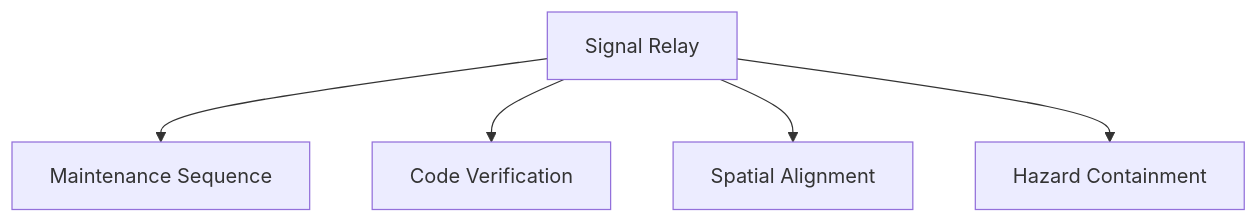
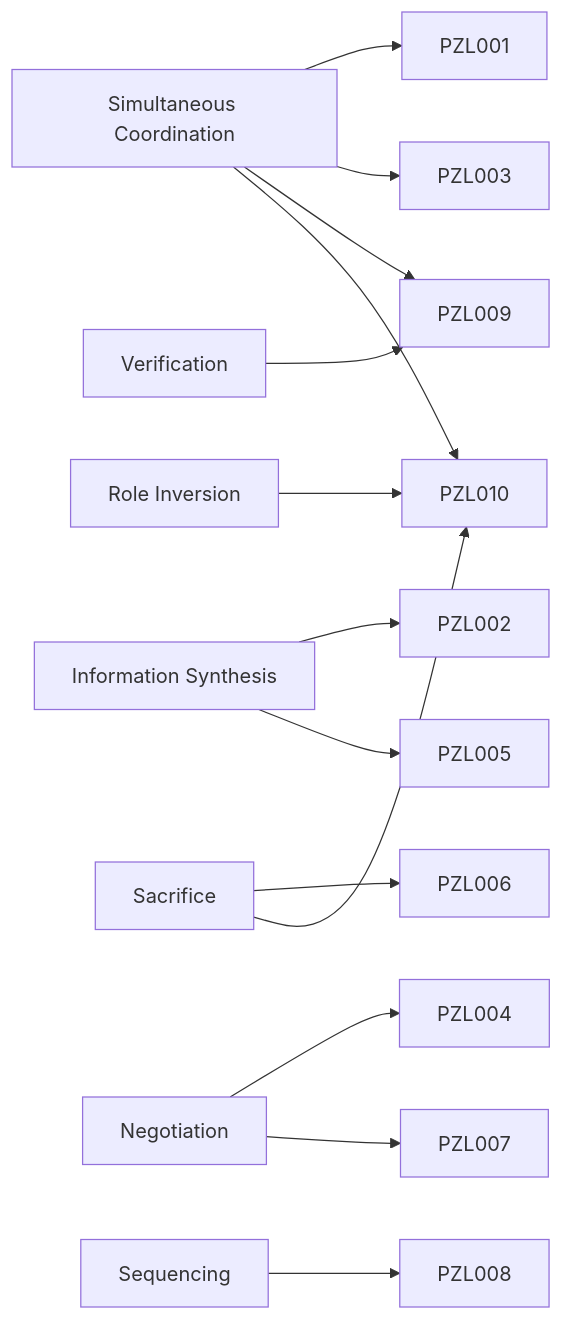
Before and after one commit to snehadpatel/QuestBit: diagram 12 of 12 in Project-Echo/docs/GDD/08 Puzzle Library.md, drawn with Mermaid. The commit also changed other lines of this file, not shown here.

````diff
--- a/Project-Echo/docs/GDD/08 Puzzle Library.md
+++ b/Project-Echo/docs/GDD/08 Puzzle Library.md
@@ -27,7 +1907,16 @@
 ```mermaid
-flowchart TD
-    A[Signal Relay] --> B[Maintenance Sequence]
-    A --> C[Code Verification]
-    A --> D[Spatial Alignment]
-    A --> E[Hazard Containment]
+flowchart LR
+    A[Simultaneous Coordination] --> PZL001
+    A --> PZL003
+    A --> PZL009
+    A --> PZL010
+    B[Information Synthesis] --> PZL002
+    B --> PZL005
+    C[Negotiation] --> PZL004
+    C --> PZL007
+    D[Sacrifice] --> PZL006
+    D --> PZL010
+    E[Sequencing] --> PZL008
+    F[Verification] --> PZL009
+    G[Role Inversion] --> PZL010
 ```
````
